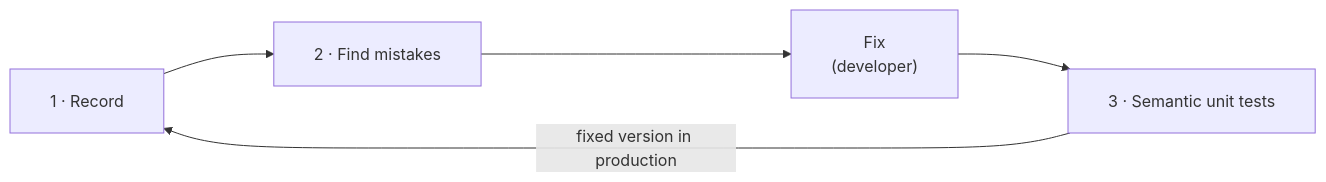
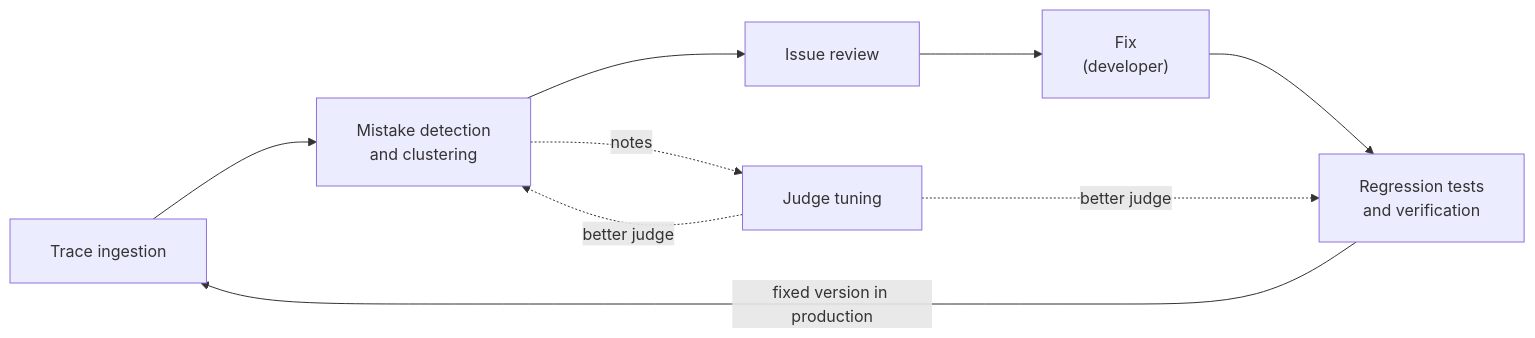
The diagram in docs/trace-wolf-design-paper.md (GhassenAskri/TraceWolf), drawn with Mermaid before and after one commit. The commit also changed other lines of this file and 7 other files, not shown here.

Commit message:
docs: split design paper into one doc per step and update the architecture image

````diff
--- a/docs/trace-wolf-design-paper.md
+++ b/docs/trace-wolf-design-paper.md
@@ -12,8 +14,12 @@
 ```mermaid
 %%{init: {"flowchart": {"nodeSpacing": 80, "rankSpacing": 110, "padding": 20}}}%%
 flowchart LR
-    R["1 · Record"] --> F["2 · Find mistakes"]
-    F --> X["Fix<br/>(developer)"]
-    X --> T["3 · Semantic unit tests"]
+    R["Trace ingestion"] --> F["Mistake detection<br/>and clustering"]
+    F --> H["Issue review"]
+    H --> X["Fix<br/>(developer)"]
+    X --> T["Regression tests<br/>and verification"]
     T -- "fixed version in production" --> R
+    F -. "notes" .-> J["Judge tuning"]
+    J -. "better judge" .-> F
+    J -. "better judge" .-> T
 ```
````
